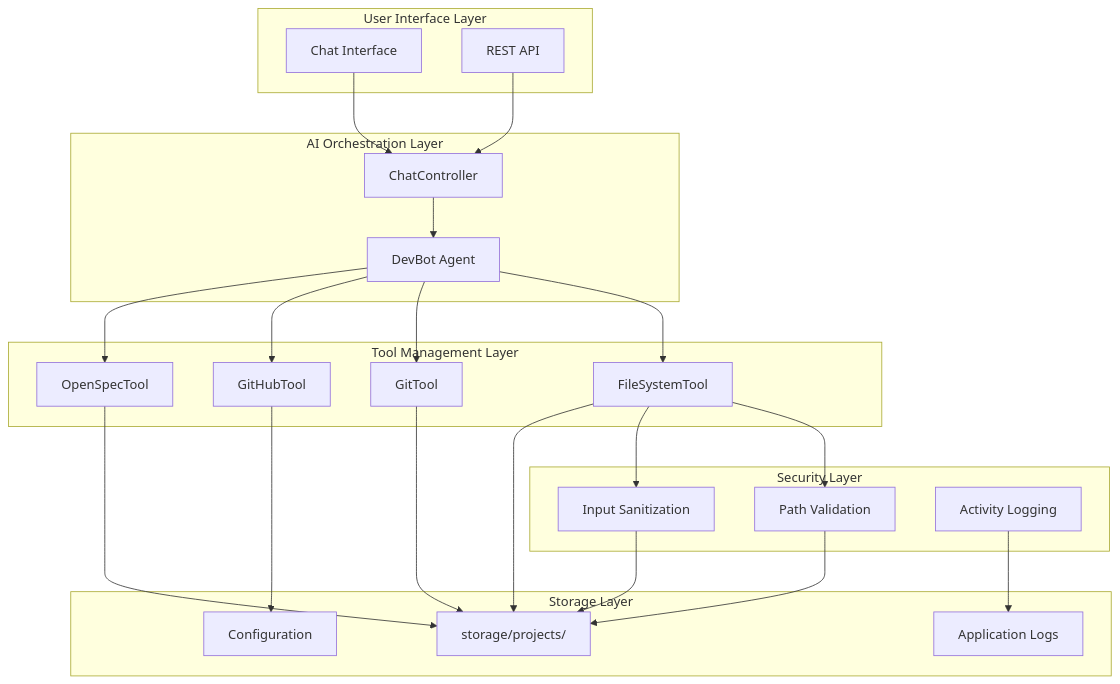
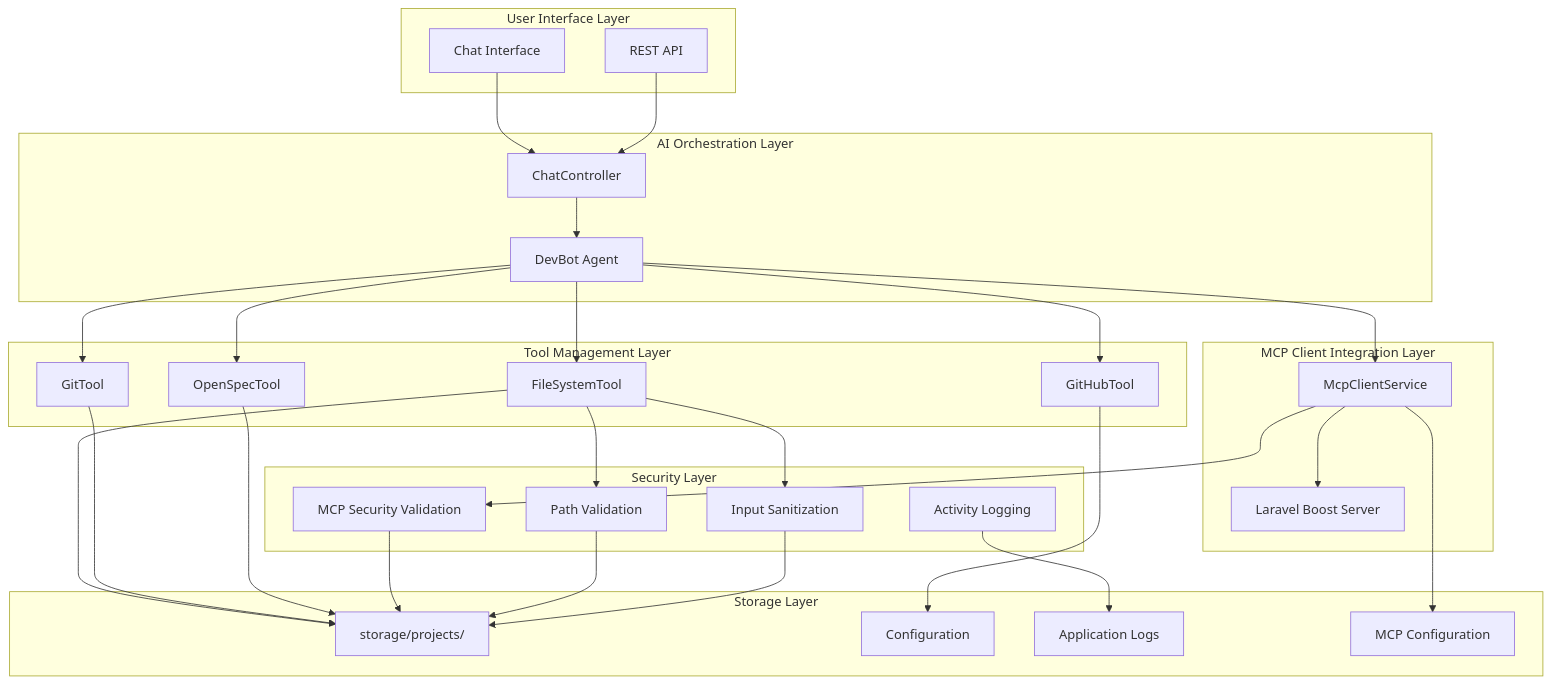
One commit to siimliimand/laravel-assistant changed the second of 4 diagrams in .qoder/repowiki/en/content/Agent Development Workflow/Project Creation Workflow.md. Above: the diagram before and after it, drawn with Mermaid. The commit also changed other lines of this file and 3 other files, not shown here.

First line of the commit message:
feat(project-creation): integrate MCP client for enhanced project creation workflow

````diff
--- a/.qoder/repowiki/en/content/Agent Development Workflow/Project Creation Workflow.md
+++ b/.qoder/repowiki/en/content/Agent Development Workflow/Project Creation Workflow.md
@@ -82,43 +101,54 @@
 ```mermaid
 graph TB
 subgraph "User Interface Layer"
 UI[Chat Interface]
 API[REST API]
 end
 subgraph "AI Orchestration Layer"
 Agent[DevBot Agent]
 Controller[ChatController]
+end
+subgraph "MCP Client Integration Layer"
+MCP[McpClientService]
+Boost[Laravel Boost Server]
 end
 subgraph "Tool Management Layer"
 FS[FileSystemTool]
 GIT[GitTool]
 GH[GitHubTool]
 OS[OpenSpecTool]
 end
 subgraph "Security Layer"
 Validator[Path Validation]
 Sanitizer[Input Sanitization]
 Logger[Activity Logging]
+MCPValidator[MCP Security Validation]
 end
 subgraph "Storage Layer"
 Projects[storage/projects/]
 Config[Configuration]
 Logs[Application Logs]
+MCPConfig[MCP Configuration]
 end
 UI --> Controller
 API --> Controller
 Controller --> Agent
 Agent --> FS
 Agent --> GIT
 Agent --> GH
 Agent --> OS
+Agent --> MCP
+MCP --> Boost
 FS --> Validator
 FS --> Sanitizer
 FS --> Projects
 GIT --> Projects
 GH --> Config
 OS --> Projects
+MCP --> MCPConfig
+MCP --> MCPValidator
+MCPValidator --> Projects
 Validator --> Projects
 Sanitizer --> Projects
 Logger --> Logs
 ```
````
